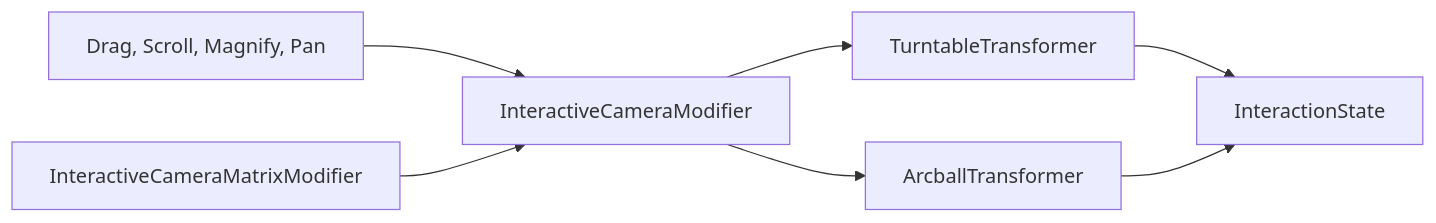
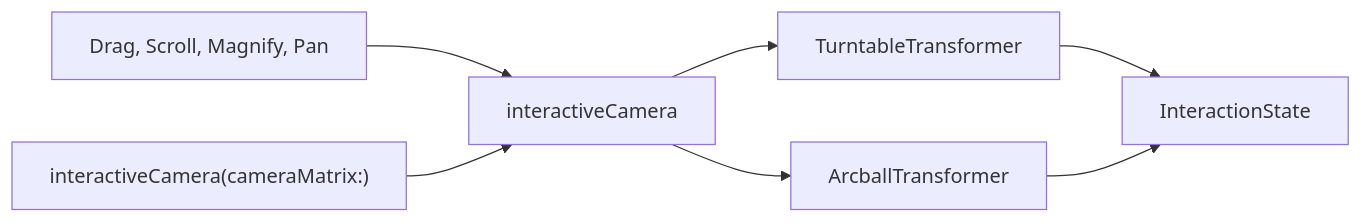
The diagram in Sources/Interaction3D/Controllers/README.md (schwa/Interaction3D), drawn with Mermaid before and after one commit. The commit also changed other lines of this file and 11 other files, not shown here.

````diff
--- a/Sources/Interaction3D/Controllers/README.md
+++ b/Sources/Interaction3D/Controllers/README.md
@@ -5,9 +5,9 @@
 ```mermaid
 graph LR
-    Gestures["Drag, Scroll, Magnify, Pan"] --> ICM["InteractiveCameraModifier"]
+    Gestures["Drag, Scroll, Magnify, Pan"] --> ICM["interactiveCamera"]
     ICM --> TT["TurntableTransformer"]
     ICM --> AT["ArcballTransformer"]
     TT --> State["InteractionState"]
     AT --> State
-    ICMM["InteractiveCameraMatrixModifier"] --> ICM
+    ICMM["interactiveCamera(cameraMatrix:)"] --> ICM
 ```
````
